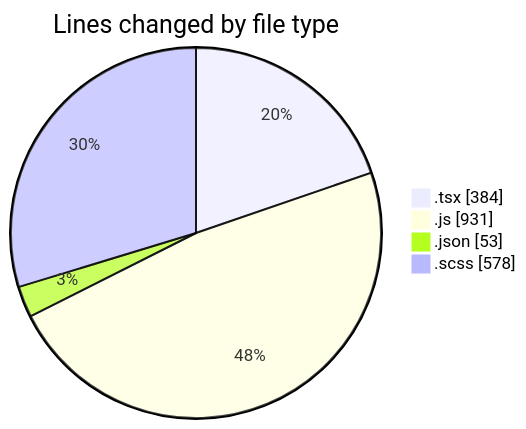
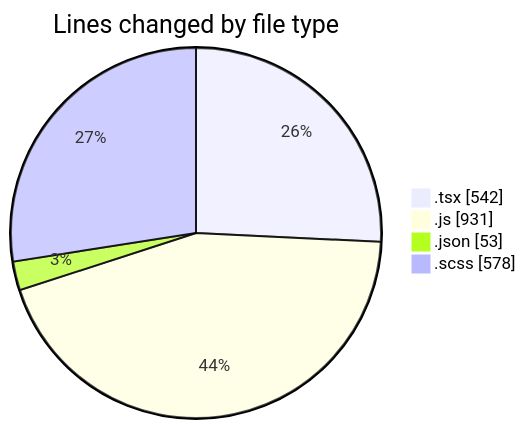
The first of 2 diagrams in 2025-05-28/elitesun/README.md (Elitesun/code-tracking), drawn with Mermaid before and after one commit. The commit also changed other lines of this file and 1 other file, not shown here.

````diff
--- a/2025-05-28/elitesun/README.md
+++ b/2025-05-28/elitesun/README.md
@@ -29,8 +29,8 @@
 ```mermaid
 pie showData
 title Lines changed by file type
-".tsx" : 384
+".tsx" : 542
 ".js" : 931
 ".json" : 53
 ".scss" : 578
 ```
````
